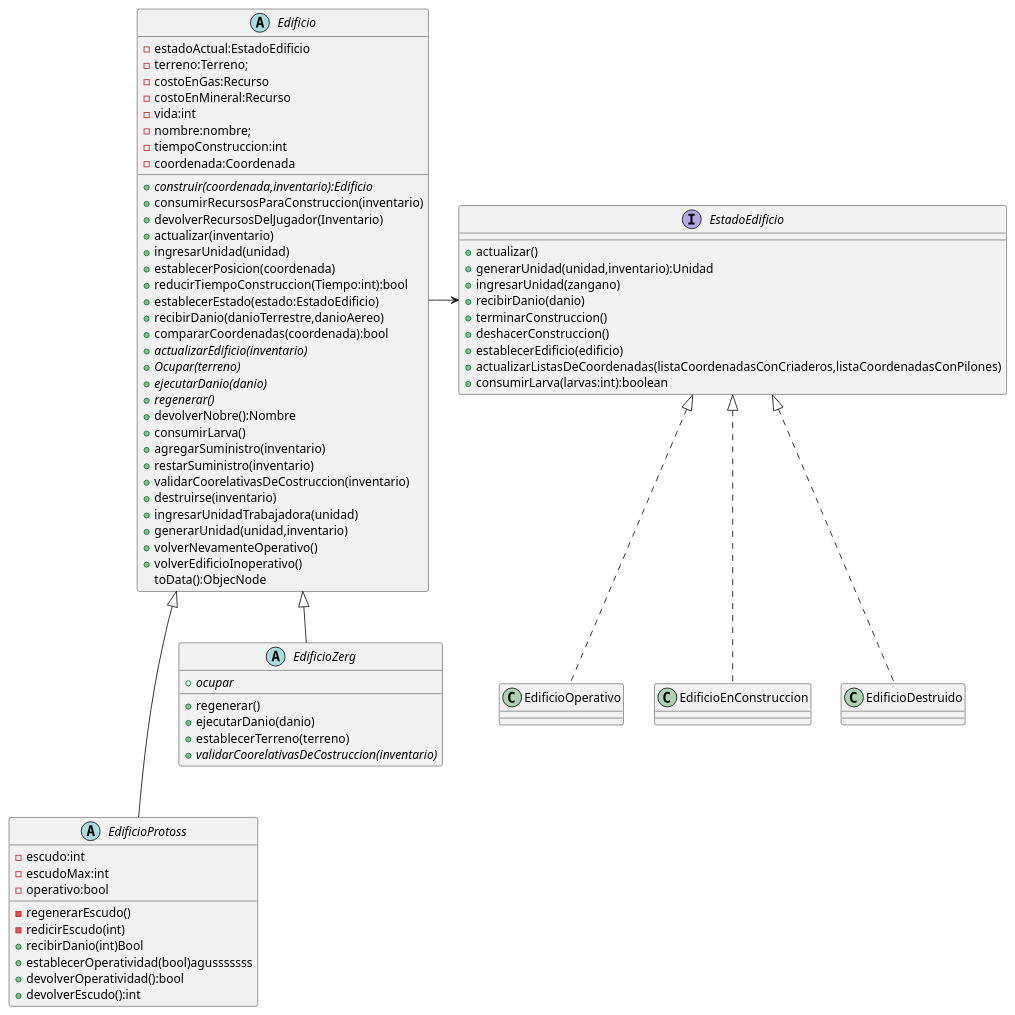
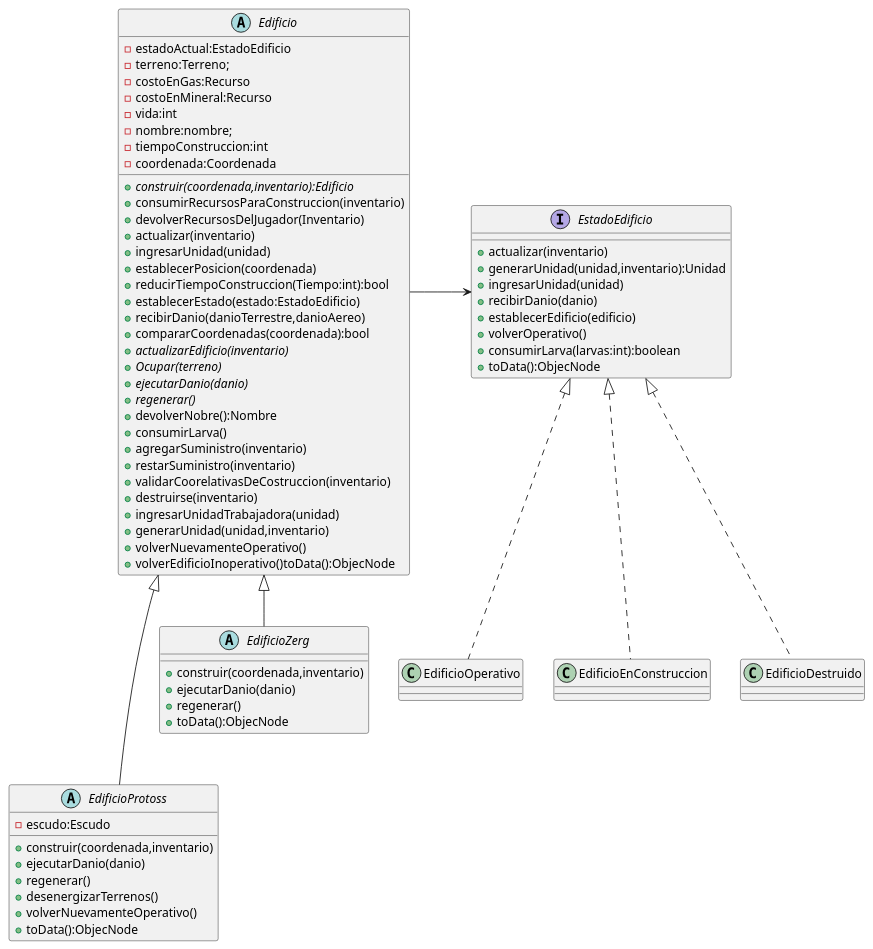
One commit to LucasMBarrientos/algo3_tp2 changed the diagram in diagrams/Modelo/class/clase_edificio.puml. Above: the diagram before and after it, drawn with PlantUML. The commit also changed 1 other file, not shown here.

Commit message:
edificio d

```diff
--- a/diagrams/Modelo/class/clase_edificio.puml
+++ b/diagrams/Modelo/class/clase_edificio.puml
@@ -1,79 +1,78 @@
 @startuml
 abstract Edificio{
 -estadoActual:EstadoEdificio
 -terreno:Terreno;
 -costoEnGas:Recurso
 -costoEnMineral:Recurso
 -vida:int
 -nombre:nombre;
 -tiempoConstruccion:int
 -coordenada:Coordenada
 
 +{abstract}construir(coordenada,inventario):Edificio
 +consumirRecursosParaConstruccion(inventario)
 +devolverRecursosDelJugador(Inventario)
 +actualizar(inventario)
 +ingresarUnidad(unidad)
 +establecerPosicion(coordenada)
 +reducirTiempoConstruccion(Tiempo:int):bool
 +establecerEstado(estado:EstadoEdificio)
 +recibirDanio(danioTerrestre,danioAereo)
 +compararCoordenadas(coordenada):bool
 +{abstract}actualizarEdificio(inventario)
 +{abstract}Ocupar(terreno)
 +{abstract}ejecutarDanio(danio)
 +{abstract}regenerar()
 +devolverNobre():Nombre
 +consumirLarva()
 +agregarSuministro(inventario)
 +restarSuministro(inventario)
 +validarCoorelativasDeCostruccion(inventario)
 +destruirse(inventario)
 +ingresarUnidadTrabajadora(unidad)
 +generarUnidad(unidad,inventario)
-+volverNevamenteOperativo()
-+volverEdificioInoperativo()
-toData():ObjecNode
++volverNuevamenteOperativo()
++volverEdificioInoperativo()toData():ObjecNode
 }
 
 
 interface EstadoEdificio{
- +actualizar()
+ +actualizar(inventario)
 +generarUnidad(unidad,inventario):Unidad
-+ingresarUnidad(zangano)
++ingresarUnidad(unidad)
 +recibirDanio(danio)
-+terminarConstruccion()
-+deshacerConstruccion()
 +establecerEdificio(edificio)
-+actualizarListasDeCoordenadas(listaCoordenadasConCriaderos,listaCoordenadasConPilones)
++volverOperativo()
 +consumirLarva(larvas:int):boolean
++toData():ObjecNode
+
 }
 
 
 abstract EdificioProtoss{
--escudo:int
--escudoMax:int
--operativo:bool
--regenerarEscudo()
--redicirEscudo(int)
-+recibirDanio(int)Bool
-+establecerOperatividad(bool)agusssssss
-+devolverOperatividad():bool
-+devolverEscudo():int
+-escudo:Escudo
++construir(coordenada,inventario)
++ejecutarDanio(danio)
++regenerar()
++desenergizarTerrenos()
++volverNuevamenteOperativo()
++toData():ObjecNode
 }
 
 
 abstract EdificioZerg{
++construir(coordenada,inventario)
++ejecutarDanio(danio)
 +regenerar()
-+ejecutarDanio(danio)
-+establecerTerreno(terreno)
-{abstract}+ocupar
-{abstract}+validarCoorelativasDeCostruccion(inventario)
++toData():ObjecNode
+'+establecerTerreno(terreno)
+'{abstract}+ocupar
+'{abstract}+validarCoorelativasDeCostruccion(inventario)
 }
 Edificio-> EstadoEdificio
 EstadoEdificio <|..EdificioOperativo
 EstadoEdificio <|..EdificioEnConstruccion
 EstadoEdificio <|..EdificioDestruido
 Edificio <|--- EdificioProtoss
 Edificio <|-- EdificioZerg
 @enduml
```
